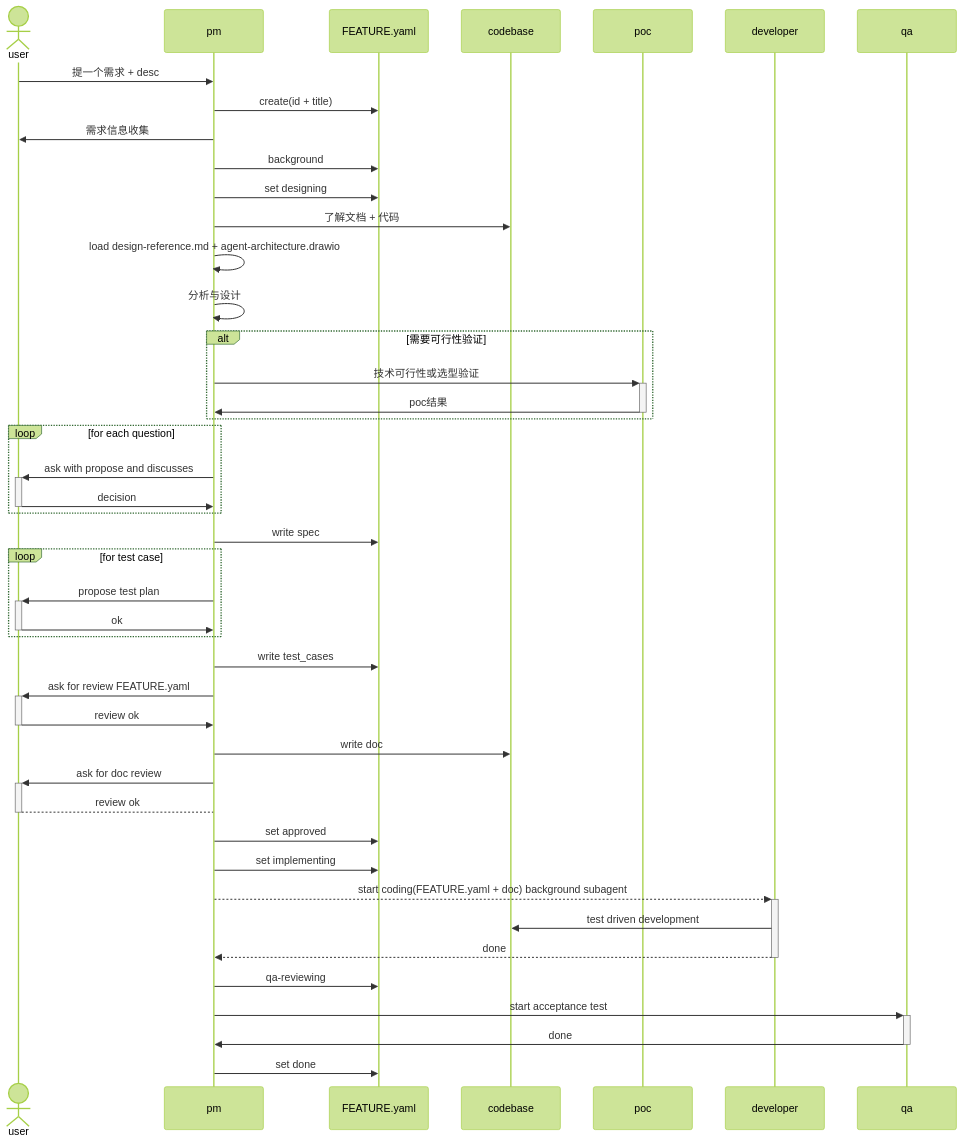
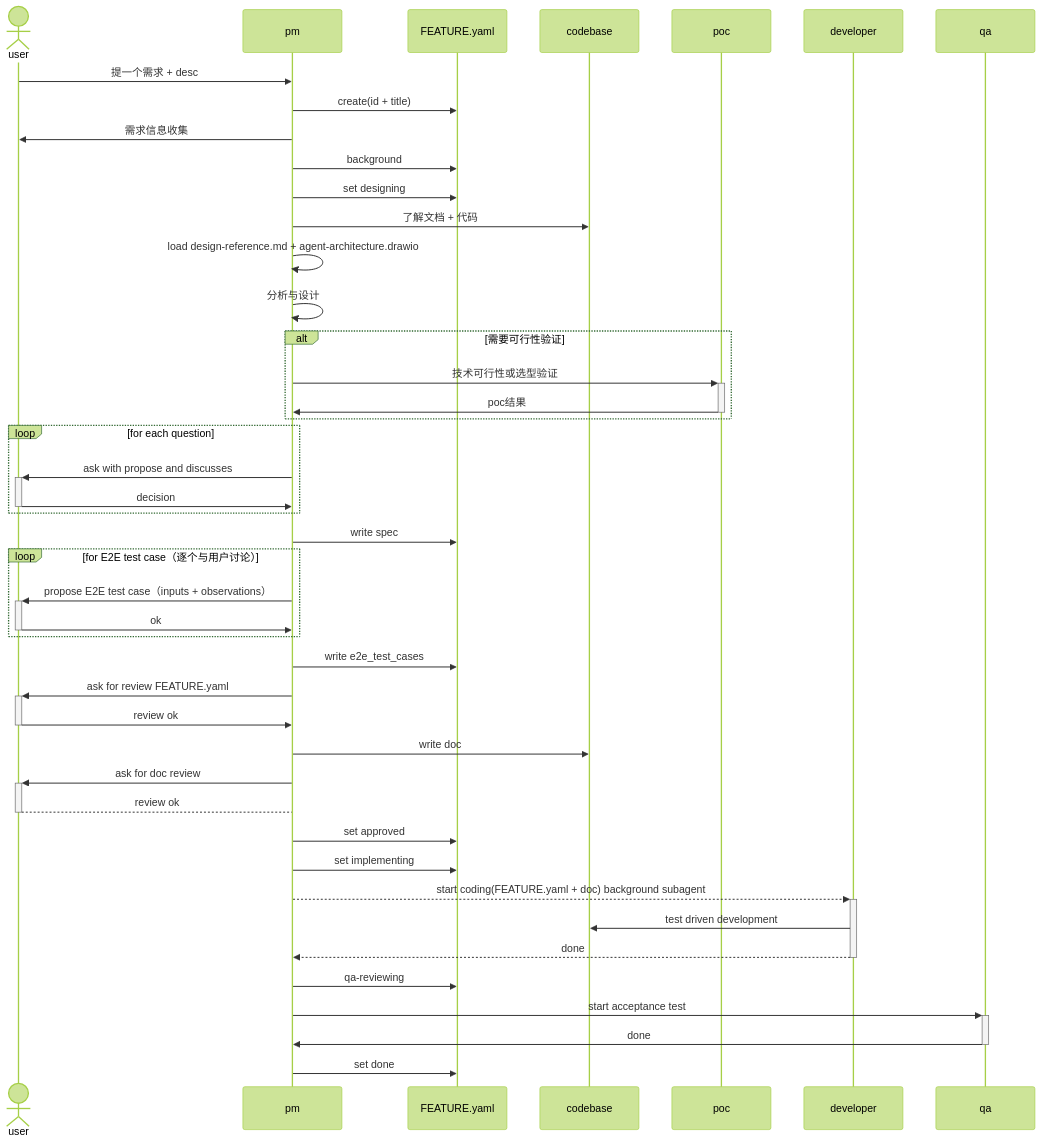
Before and after one commit to JoeyAssistant/skill-repo: the diagram in system-prompt/agent-factory/agent_factory/doc/feature.md, drawn with Mermaid (forest theme). The commit also changed other lines of this file and 10 other files, not shown here.

First line of the commit message:
refactor(feature): 验收用例重构为 e2e_test_cases（可构造/可观测/可运行）

````diff
--- a/system-prompt/agent-factory/agent_factory/doc/feature.md
+++ b/system-prompt/agent-factory/agent_factory/doc/feature.md
@@ -25,47 +33,47 @@
 ```mermaid
 sequenceDiagram
     actor user
     user->>pm: 提一个需求 + desc
     participant feat as FEATURE.yaml
     participant code as codebase
 
     pm->>feat: create(id + title)
     pm->>user: 需求信息收集
     pm->>feat: background
     pm->>feat: set designing
     pm->>code: 了解文档 + 代码
     pm->>pm: load design-reference.md + agent-architecture.drawio
     pm->>pm: 分析与设计
     alt 需要可行性验证
         pm->>+poc: 技术可行性或选型验证
         poc->>-pm: poc结果
     end
     loop for each question
         pm->>+user: ask with propose and discusses
         user->>-pm: decision
     end
     pm->>feat: write spec
-    loop for test case
-        pm->>+user: propose test plan
+    loop for E2E test case（逐个与用户讨论）
+        pm->>+user: propose E2E test case（inputs + observations）
         user->>-pm: ok
     end
-    pm->>feat: write test_cases
+    pm->>feat: write e2e_test_cases
     participant dev as developer
     pm->>+user: ask for review FEATURE.yaml
     user->>-pm: review ok
 
     pm->>code: write doc
     pm->>+user: ask for doc review
     user-->-pm: review ok
     pm->>feat: set approved
 
     pm->>feat: set implementing
     pm-->>+dev: start coding(FEATURE.yaml + doc) background subagent
     dev->>code: test driven development
     dev-->>-pm: done
 
     pm->>feat: qa-reviewing
     pm->>+qa: start acceptance test
     qa->>-pm: done
     pm->>feat: set done
 ```
````
